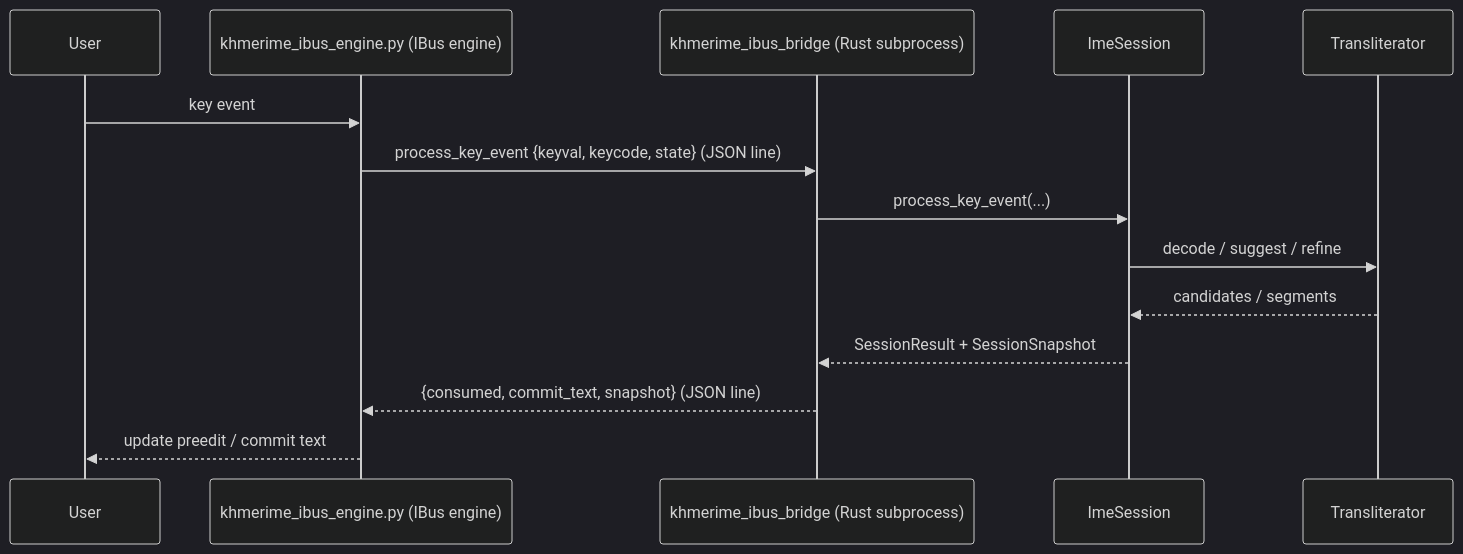
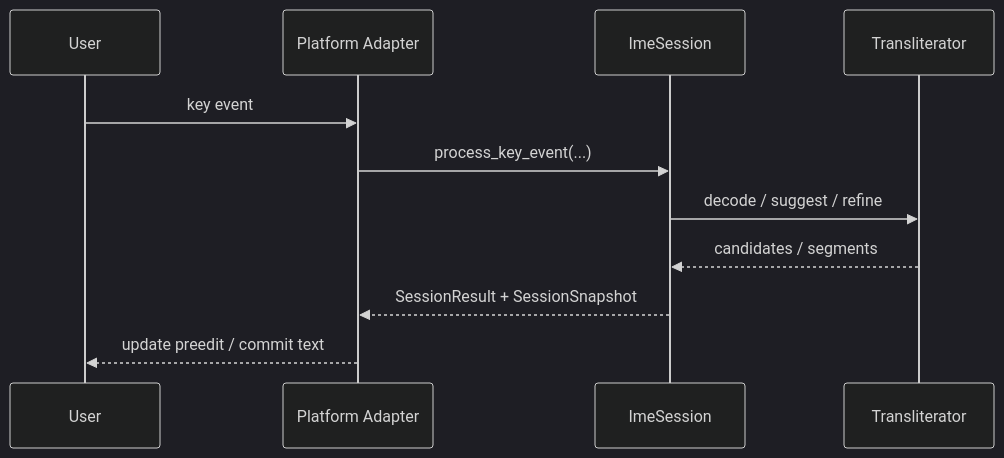
The second of 2 diagrams in README.md (darhnoel/khmerime), drawn with Mermaid (dark theme) before and after one commit. The commit also changed other lines of this file, not shown here.

First line of the commit message:
docs(readme): Silk Veil colors for architecture diagram, generalize keystroke flow

````diff
--- a/README.md
+++ b/README.md
@@ -115,17 +126,14 @@
 ```mermaid
 sequenceDiagram
     participant User
-    participant Py as khmerime_ibus_engine.py (IBus engine)
-    participant Bridge as khmerime_ibus_bridge (Rust subprocess)
+    participant Adapter as Platform Adapter
     participant Sess as ImeSession
     participant Core as Transliterator
 
-    User->>Py: key event
-    Py->>Bridge: process_key_event {keyval, keycode, state} (JSON line)
-    Bridge->>Sess: process_key_event(...)
+    User->>Adapter: key event
+    Adapter->>Sess: process_key_event(...)
     Sess->>Core: decode / suggest / refine
     Core-->>Sess: candidates / segments
-    Sess-->>Bridge: SessionResult + SessionSnapshot
-    Bridge-->>Py: {consumed, commit_text, snapshot} (JSON line)
-    Py-->>User: update preedit / commit text
+    Sess-->>Adapter: SessionResult + SessionSnapshot
+    Adapter-->>User: update preedit / commit text
 ```
````
